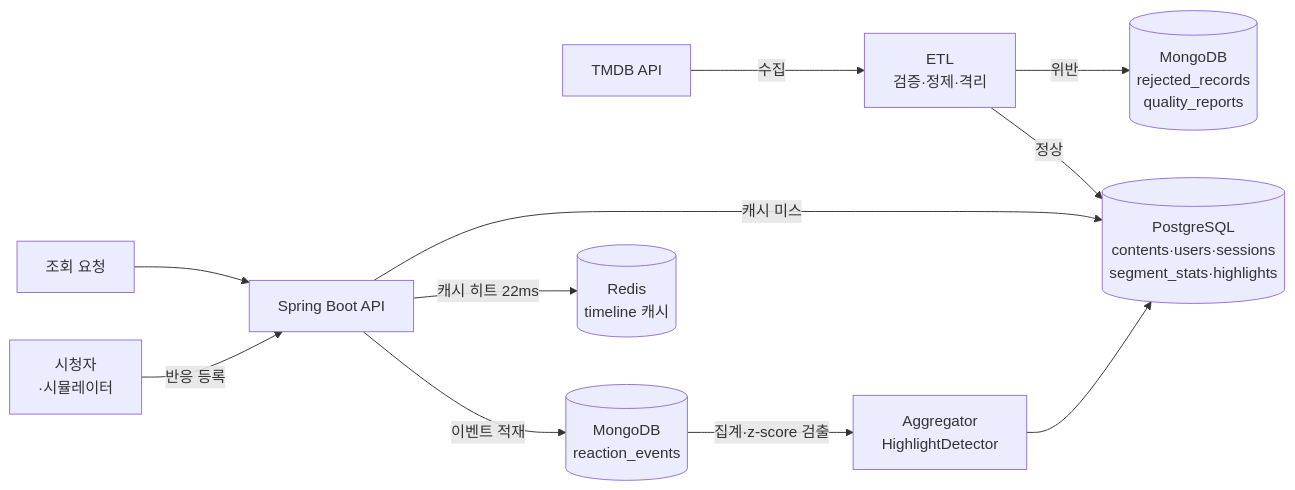
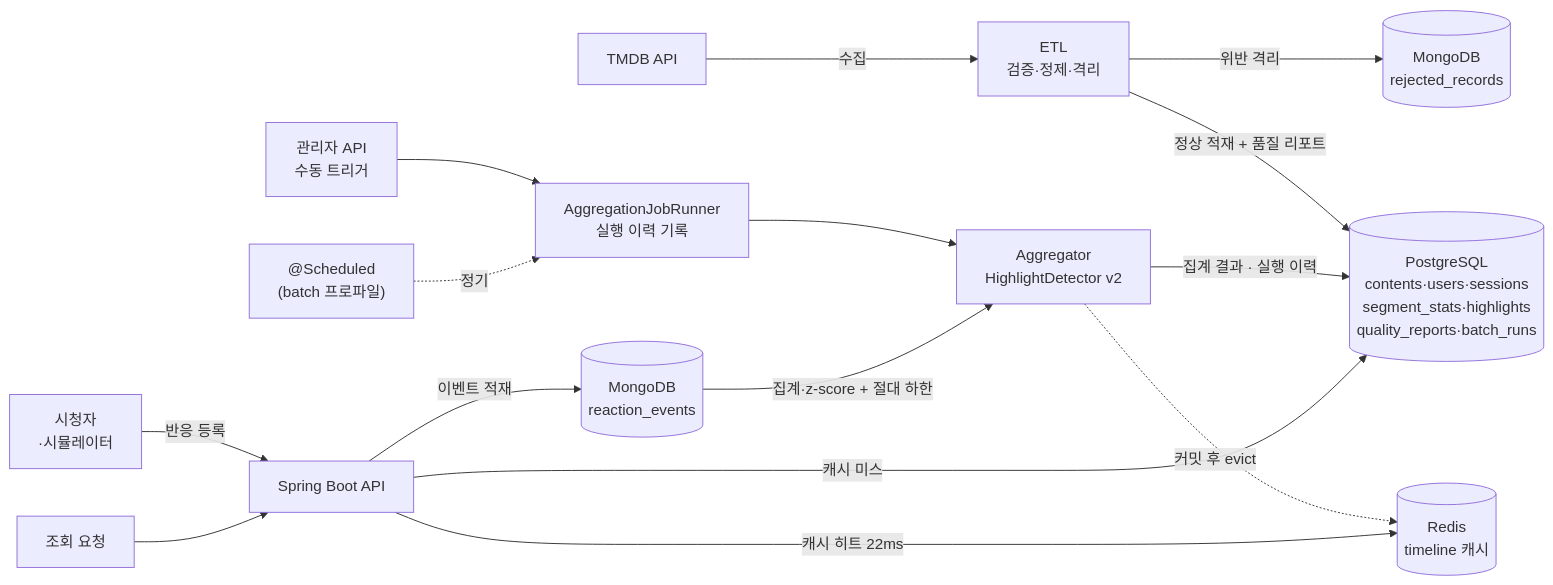
One commit to aucu2005/scenelog changed the first of 2 diagrams in README.md. Above: the diagram before and after it, drawn with Mermaid. The commit also changed other lines of this file and 2 other files, not shown here.

````diff
--- a/README.md
+++ b/README.md
@@ -62,13 +93,17 @@
 ```mermaid
 flowchart LR
     TMDB[TMDB API] -->|수집| ETL["ETL<br/>검증·정제·격리"]
-    ETL -->|정상| PG[(PostgreSQL<br/>contents·users·sessions<br/>segment_stats·highlights)]
-    ETL -->|위반| MG[(MongoDB<br/>rejected_records<br/>quality_reports)]
+    ETL -->|정상 적재 + 품질 리포트| PG[(PostgreSQL<br/>contents·users·sessions<br/>segment_stats·highlights<br/>quality_reports·batch_runs)]
+    ETL -->|위반 격리| MG[(MongoDB<br/>rejected_records)]
     VIEWER[시청자<br/>·시뮬레이터] -->|반응 등록| API[Spring Boot API]
     API -->|이벤트 적재| EVENTS[(MongoDB<br/>reaction_events)]
-    EVENTS -->|집계·z-score 검출| AGG["Aggregator<br/>HighlightDetector"]
-    AGG --> PG
+    ADMIN[관리자 API<br/>수동 트리거] --> JOB["AggregationJobRunner<br/>실행 이력 기록"]
+    SCHED["@Scheduled<br/>(batch 프로파일)"] -.->|정기| JOB
+    JOB --> AGG["Aggregator<br/>HighlightDetector v2"]
+    EVENTS -->|집계·z-score + 절대 하한| AGG
+    AGG -->|집계 결과 · 실행 이력| PG
+    AGG -.->|커밋 후 evict| REDIS
     CLIENT[조회 요청] --> API
     API -->|캐시 히트 22ms| REDIS[(Redis<br/>timeline 캐시)]
     API -->|캐시 미스| PG
 ```
````
